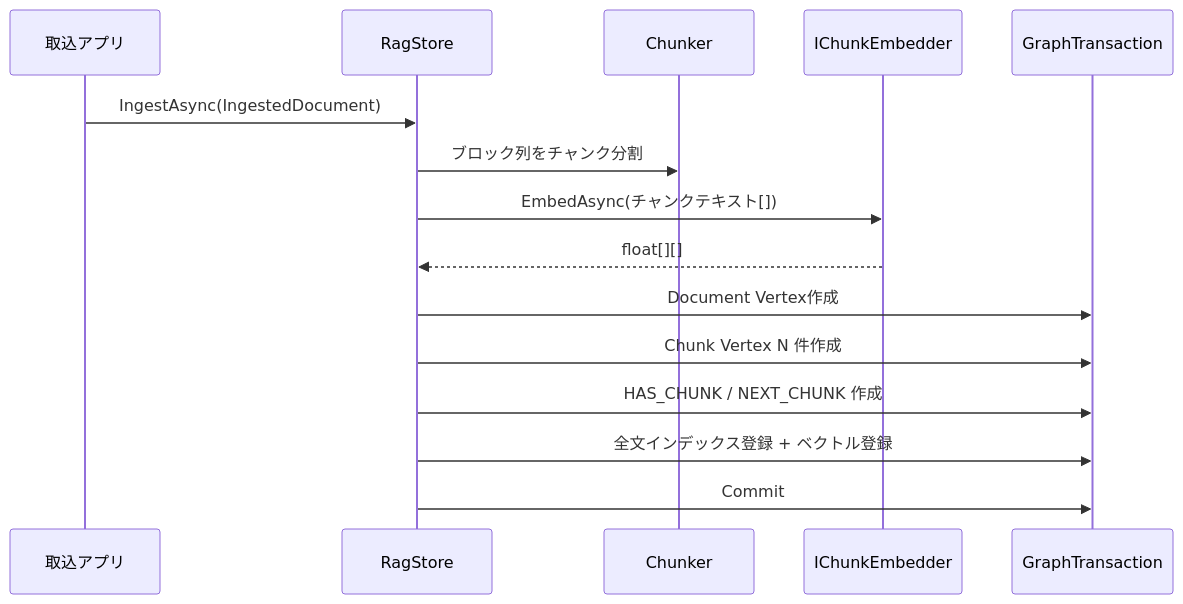
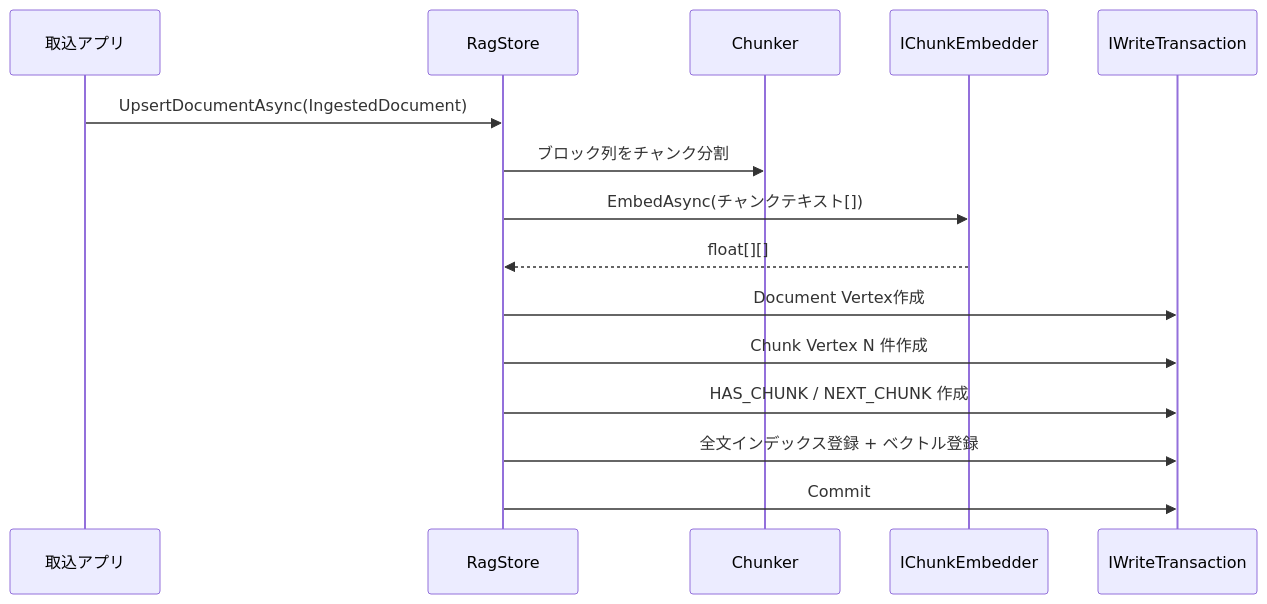
The third of 5 diagrams in docs/architecture-diagrams.md (delicioustuna/Quiver), drawn with Mermaid before and after one commit. The commit also changed other lines of this file and 60 other files, not shown here.

````diff
--- a/docs/architecture-diagrams.md
+++ b/docs/architecture-diagrams.md
@@ -80,18 +80,18 @@
 ```mermaid
 sequenceDiagram
     participant Ext as 取込アプリ
     participant Rag as RagStore
     participant Chk as Chunker
     participant Emb as IChunkEmbedder
-    participant DB as GraphTransaction
+    participant DB as IWriteTransaction
 
-    Ext->>Rag: IngestAsync(IngestedDocument)
+    Ext->>Rag: UpsertDocumentAsync(IngestedDocument)
     Rag->>Chk: ブロック列をチャンク分割
     Rag->>Emb: EmbedAsync(チャンクテキスト[])
     Emb-->>Rag: float[][]
     Rag->>DB: Document Vertex作成
     Rag->>DB: Chunk Vertex N 件作成
     Rag->>DB: HAS_CHUNK / NEXT_CHUNK 作成
     Rag->>DB: 全文インデックス登録 + ベクトル登録
     Rag->>DB: Commit
 ```
````
